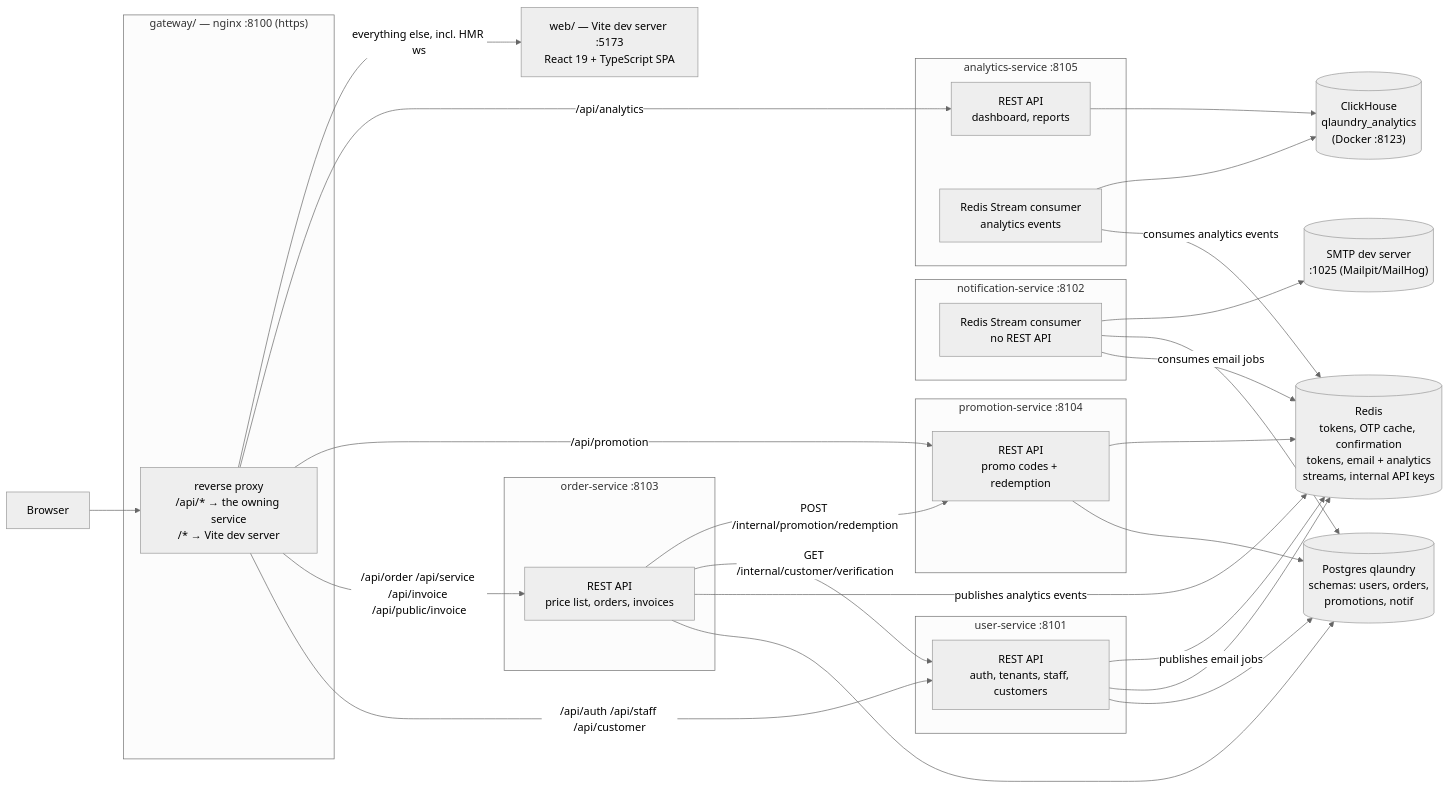
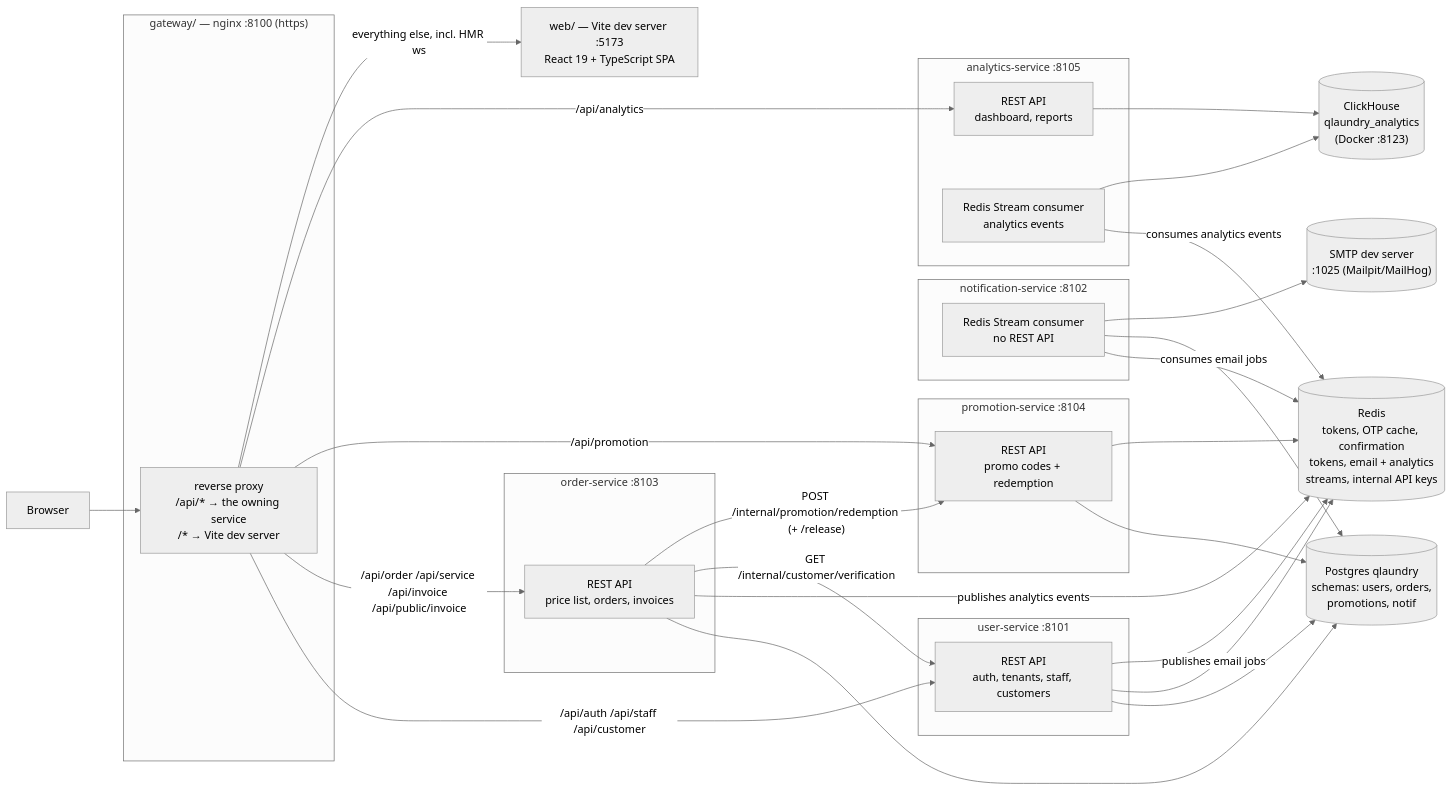
Before and after one commit to 7sferry/qlaundry: the first of 7 diagrams in ARCHITECTURE.md, drawn with Mermaid (neutral theme). The commit also changed other lines of this file and 8 other files, not shown here.

Commit message:
docs: split readme per service and refresh architecture and web docs

````diff
--- a/ARCHITECTURE.md
+++ b/ARCHITECTURE.md
@@ -12,59 +14,59 @@
 ```mermaid
 flowchart LR
     Browser["Browser"]
 
     subgraph Gateway["gateway/ — nginx :8100 (https)"]
         NG["reverse proxy\n/api/* → the owning service\n/* → Vite dev server"]
     end
 
     Vite["web/ — Vite dev server :5173\nReact 19 + TypeScript SPA"]
 
     subgraph US["user-service :8101"]
         USAPI["REST API\nauth, tenants, staff, customers"]
     end
 
     subgraph NS["notification-service :8102"]
         NSC["Redis Stream consumer\nno REST API"]
     end
 
     subgraph OS["order-service :8103"]
         OSAPI["REST API\nprice list, orders, invoices"]
     end
 
     subgraph PS["promotion-service :8104"]
         PSAPI["REST API\npromo codes + redemption"]
     end
 
     subgraph AS["analytics-service :8105"]
         ASAPI["REST API\ndashboard, reports"]
         ASC["Redis Stream consumer\nanalytics events"]
     end
 
     PG[("Postgres qlaundry\nschemas: users, orders,\npromotions, notif")]
     Redis[("Redis\ntokens, OTP cache, confirmation\ntokens, email + analytics\nstreams, internal API keys")]
     SMTP[("SMTP dev server\n:1025 (Mailpit/MailHog)")]
     CH[("ClickHouse\nqlaundry_analytics\n(Docker :8123)")]
 
     Browser --> NG
     NG -->|"/api/auth /api/staff /api/customer"| USAPI
     NG -->|"/api/order /api/service /api/invoice /api/public/invoice"| OSAPI
     NG -->|"/api/promotion"| PSAPI
     NG -->|"/api/analytics"| ASAPI
     NG -->|"everything else, incl. HMR ws"| Vite
 
     USAPI --> PG
     USAPI --> Redis
     OSAPI --> PG
     OSAPI -->|"publishes analytics events"| Redis
     PSAPI --> PG
     PSAPI --> Redis
     OSAPI -->|"GET /internal/customer/verification"| USAPI
-    OSAPI -->|"POST /internal/promotion/redemption"| PSAPI
+    OSAPI -->|"POST /internal/promotion/redemption (+ /release)"| PSAPI
     USAPI -->|"publishes email jobs"| Redis
     NSC -->|"consumes email jobs"| Redis
     NSC --> PG
     NSC --> SMTP
     ASC -->|"consumes analytics events"| Redis
     ASC --> CH
     ASAPI --> CH
 ```
````
